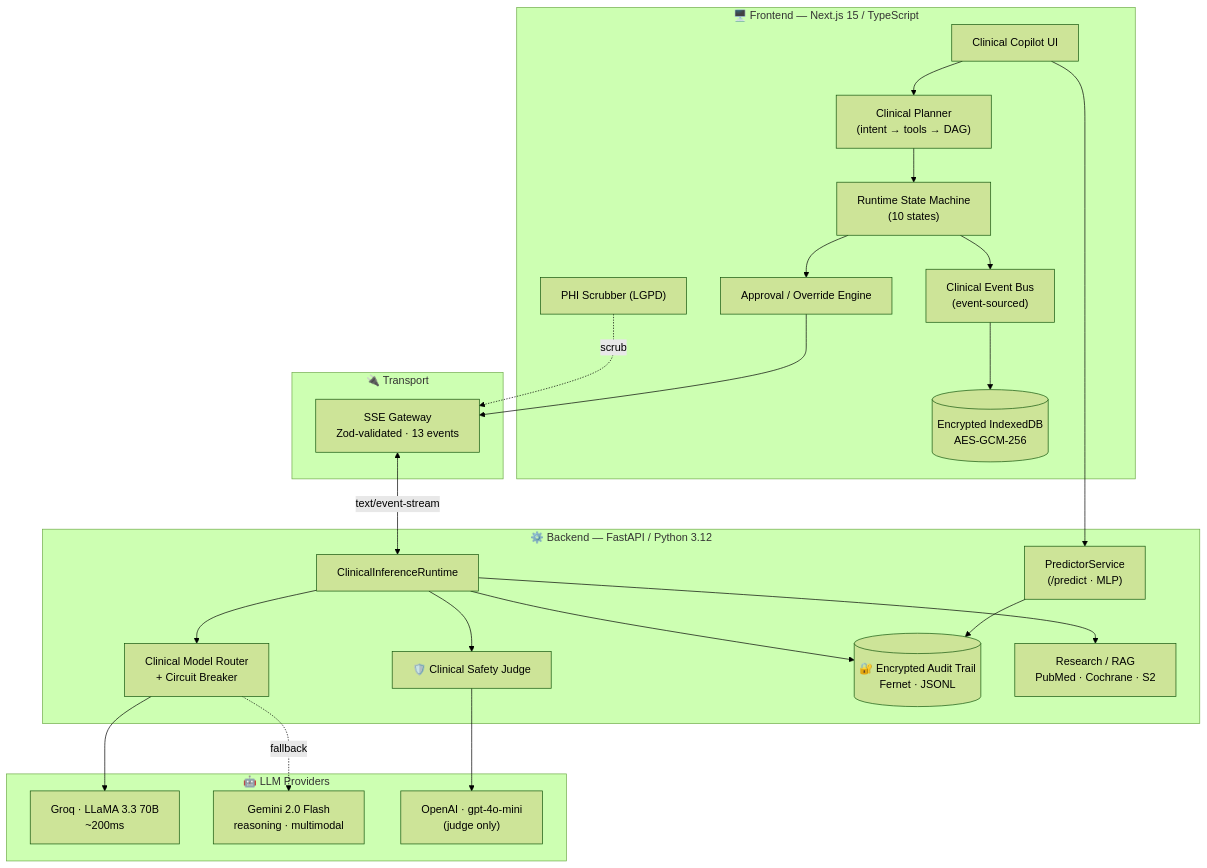
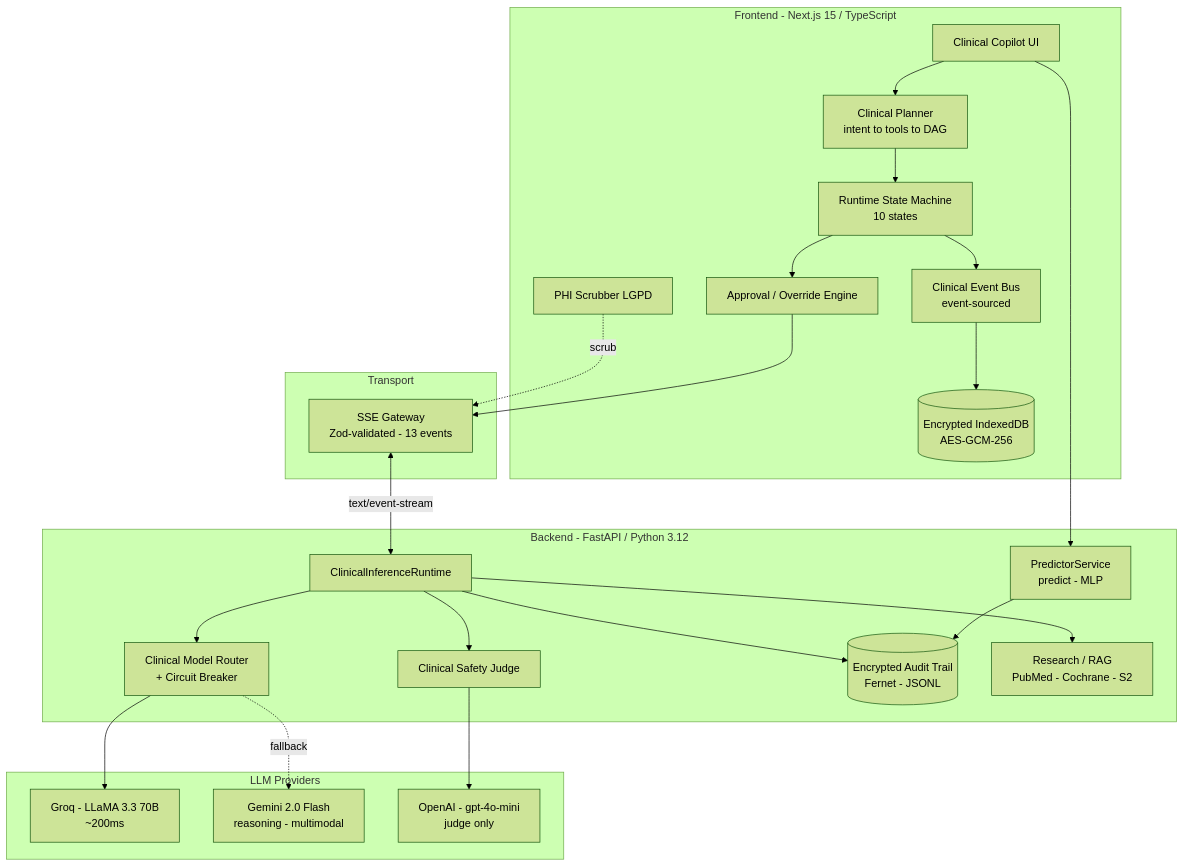
Before and after one commit to vdfs89/Aether_Oncology: the first of 4 diagrams in README.md, drawn with Mermaid (forest theme). The commit also changed other lines of this file and 1 other file, not shown here.

First line of the commit message:
docs(readme): fix Mermaid diagrams not rendering on GitHub

````diff
--- a/README.md
+++ b/README.md
@@ -222,47 +222,47 @@
 ```mermaid
 flowchart TB
-    subgraph FE["🖥️ Frontend — Next.js 15 / TypeScript"]
+    subgraph FE["Frontend - Next.js 15 / TypeScript"]
         UI["Clinical Copilot UI"]
-        PLAN["Clinical Planner<br/>(intent → tools → DAG)"]
-        SM["Runtime State Machine<br/>(10 states)"]
-        BUS["Clinical Event Bus<br/>(event-sourced)"]
+        PLAN["Clinical Planner<br/>intent to tools to DAG"]
+        SM["Runtime State Machine<br/>10 states"]
+        BUS["Clinical Event Bus<br/>event-sourced"]
         APPR["Approval / Override Engine"]
         IDB[("Encrypted IndexedDB<br/>AES-GCM-256")]
-        PHI["PHI Scrubber (LGPD)"]
+        PHI["PHI Scrubber LGPD"]
     end
 
-    subgraph GW["🔌 Transport"]
-        SSE["SSE Gateway<br/>Zod-validated · 13 events"]
+    subgraph GW["Transport"]
+        SSE["SSE Gateway<br/>Zod-validated - 13 events"]
     end
 
-    subgraph BE["⚙️ Backend — FastAPI / Python 3.12"]
+    subgraph BE["Backend - FastAPI / Python 3.12"]
         RT["ClinicalInferenceRuntime"]
         ROUTER["Clinical Model Router<br/>+ Circuit Breaker"]
-        JUDGE["🛡️ Clinical Safety Judge"]
-        PRED["PredictorService<br/>(/predict · MLP)"]
-        AUDIT[("🔐 Encrypted Audit Trail<br/>Fernet · JSONL")]
-        RAG["Research / RAG<br/>PubMed · Cochrane · S2"]
+        JUDGE["Clinical Safety Judge"]
+        PRED["PredictorService<br/>predict - MLP"]
+        AUDIT[("Encrypted Audit Trail<br/>Fernet - JSONL")]
+        RAG["Research / RAG<br/>PubMed - Cochrane - S2"]
     end
 
-    subgraph PROV["🤖 LLM Providers"]
-        GROQ["Groq · LLaMA 3.3 70B<br/>~200ms"]
-        GEM["Gemini 2.0 Flash<br/>reasoning · multimodal"]
-        OAI["OpenAI · gpt-4o-mini<br/>(judge only)"]
+    subgraph PROV["LLM Providers"]
+        GROQ["Groq - LLaMA 3.3 70B<br/>~200ms"]
+        GEM["Gemini 2.0 Flash<br/>reasoning - multimodal"]
+        OAI["OpenAI - gpt-4o-mini<br/>judge only"]
     end
 
     UI --> PLAN --> SM --> APPR
     PHI -.scrub.-> SSE
     APPR --> SSE
     SM --> BUS
     BUS --> IDB
-    SSE <-->|"text/event-stream"| RT
+    SSE <-->|text/event-stream| RT
     RT --> ROUTER
     ROUTER --> GROQ
-    ROUTER -. fallback .-> GEM
+    ROUTER -.fallback.-> GEM
     RT --> JUDGE
     JUDGE --> OAI
     RT --> AUDIT
     RT --> RAG
     UI --> PRED
     PRED --> AUDIT
 ```
````
